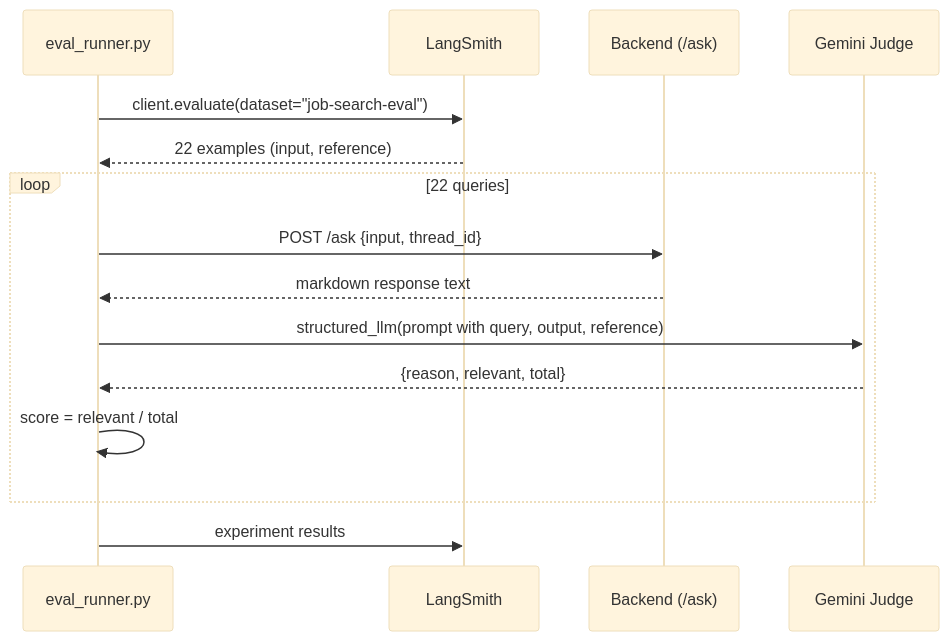
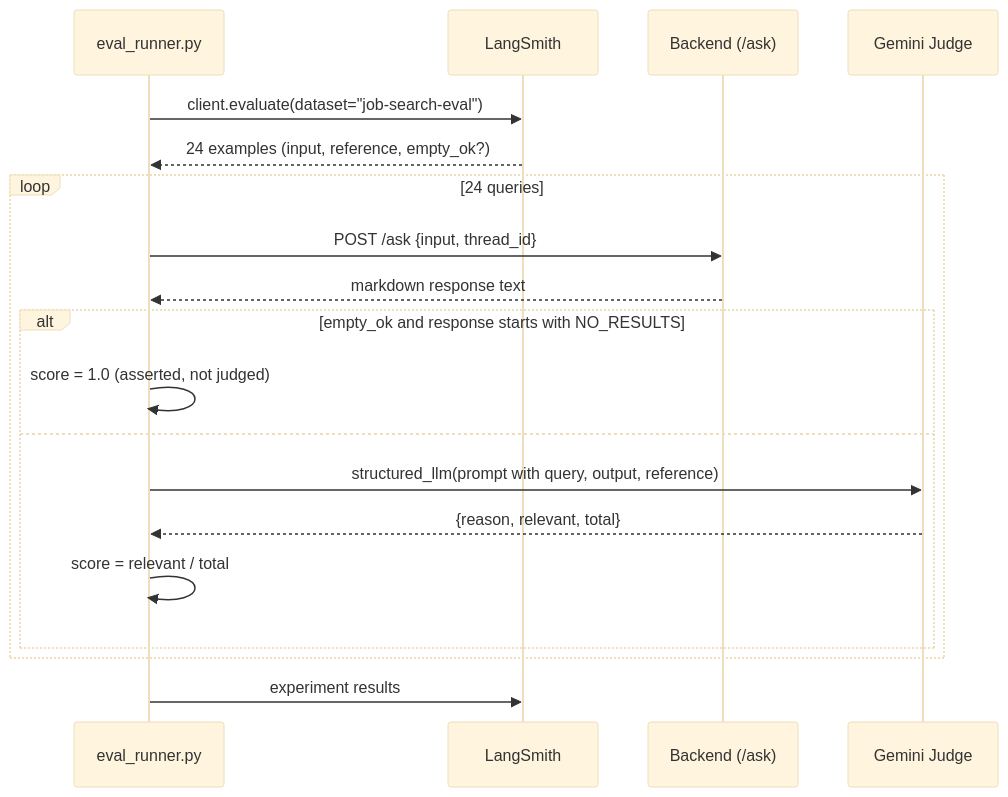
Before and after one commit to tsouk88/job-search-agent: the diagram in openwiki/evals/langsmith-eval.md, drawn with Mermaid (base theme). The commit also changed other lines of this file and 36 other files, not shown here.

````diff
--- a/openwiki/evals/langsmith-eval.md
+++ b/openwiki/evals/langsmith-eval.md
@@ -14,18 +25,22 @@
 ```mermaid
 sequenceDiagram
     participant E as eval_runner.py
     participant LS as LangSmith
     participant B as Backend (/ask)
     participant J as Gemini Judge
 
     E->>LS: client.evaluate(dataset="job-search-eval")
-    LS-->>E: 22 examples (input, reference)
-    loop 22 queries
+    LS-->>E: 24 examples (input, reference, empty_ok?)
+    loop 24 queries
         E->>B: POST /ask {input, thread_id}
         B-->>E: markdown response text
-        E->>J: structured_llm(prompt with query, output, reference)
-        J-->>E: {reason, relevant, total}
-        E->>E: score = relevant / total
+        alt empty_ok and response starts with NO_RESULTS
+            E->>E: score = 1.0 (asserted, not judged)
+        else
+            E->>J: structured_llm(prompt with query, output, reference)
+            J-->>E: {reason, relevant, total}
+            E->>E: score = relevant / total
+        end
     end
     E->>LS: experiment results
 ```
````
